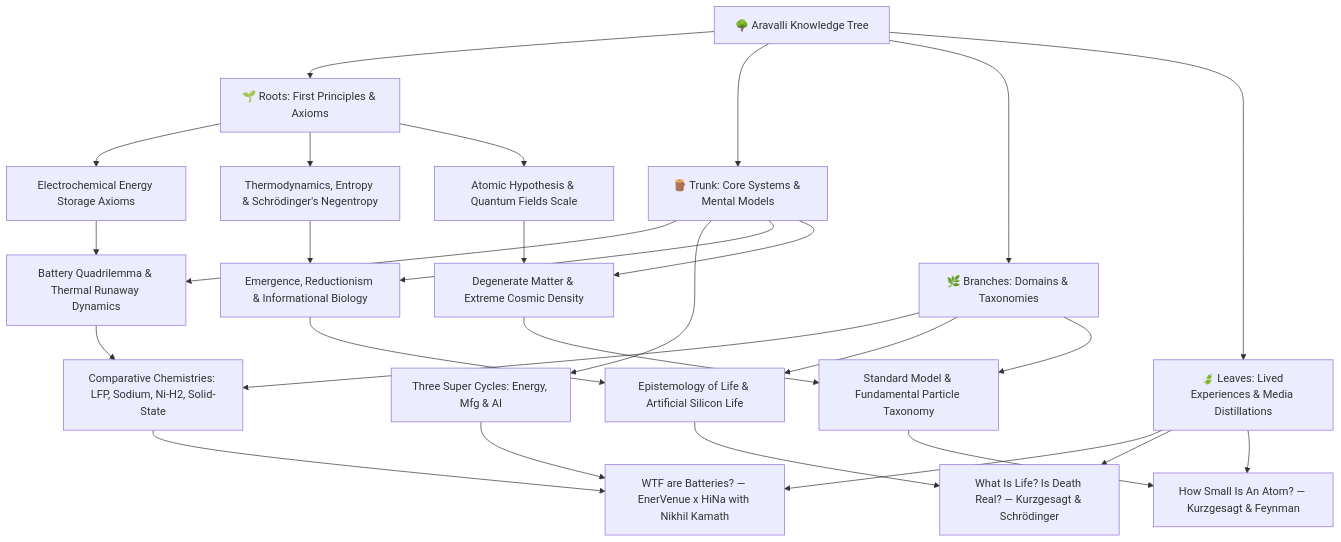
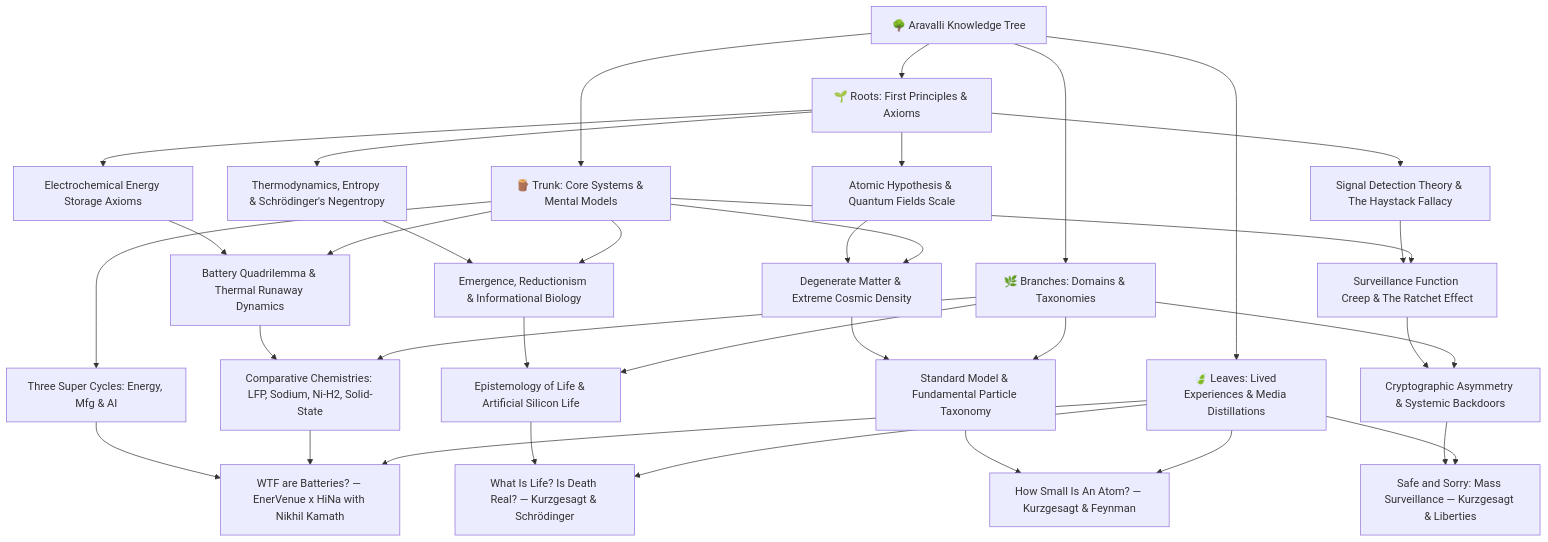
The diagram in README.md (vs00918/aravalli), drawn with Mermaid before and after one commit. The commit also changed other lines of this file and 6 other files, not shown here.

Commit message:
Ingest Kurzgesagt Surveillance & Civil Liberties: Add Signal Detection, Function Creep, Cryptography & Case Study nodes

````diff
--- a/README.md
+++ b/README.md
@@ -7,40 +7,47 @@
 ```mermaid
 graph TD
     RootNode["🌳 Aravalli Knowledge Tree"] --> Roots["🌱 Roots: First Principles & Axioms"]
     RootNode --> Trunk["🪵 Trunk: Core Systems & Mental Models"]
     RootNode --> Branches["🌿 Branches: Domains & Taxonomies"]
     RootNode --> Leaves["🍃 Leaves: Lived Experiences & Media Distillations"]
 
     %% Roots
     Roots --> R1["Electrochemical Energy Storage Axioms"]
     Roots --> R2["Thermodynamics, Entropy & Schrödinger's Negentropy"]
     Roots --> R3["Atomic Hypothesis & Quantum Fields Scale"]
+    Roots --> R4["Signal Detection Theory & The Haystack Fallacy"]
 
     %% Trunk
     Trunk --> T1["Battery Quadrilemma & Thermal Runaway Dynamics"]
     Trunk --> T2["Three Super Cycles: Energy, Mfg & AI"]
     Trunk --> T3["Emergence, Reductionism & Informational Biology"]
     Trunk --> T4["Degenerate Matter & Extreme Cosmic Density"]
+    Trunk --> T5["Surveillance Function Creep & The Ratchet Effect"]
 
     %% Branches
     Branches --> B1["Comparative Chemistries: LFP, Sodium, Ni-H2, Solid-State"]
     Branches --> B2["Epistemology of Life & Artificial Silicon Life"]
     Branches --> B3["Standard Model & Fundamental Particle Taxonomy"]
+    Branches --> B4["Cryptographic Asymmetry & Systemic Backdoors"]
 
     %% Leaves
     Leaves --> L1["WTF are Batteries? — EnerVenue x HiNa with Nikhil Kamath"]
     Leaves --> L2["What Is Life? Is Death Real? — Kurzgesagt & Schrödinger"]
     Leaves --> L3["How Small Is An Atom? — Kurzgesagt & Feynman"]
+    Leaves --> L4["Safe and Sorry: Mass Surveillance — Kurzgesagt & Liberties"]
 
     %% Cross-Tier Connections
     R1 --> T1
     R2 --> T3
     R3 --> T4
+    R4 --> T5
     T1 --> B1
     T3 --> B2
     T4 --> B3
+    T5 --> B4
     B1 --> L1
     B2 --> L2
     B3 --> L3
+    B4 --> L4
     T2 --> L1
 ```
````
